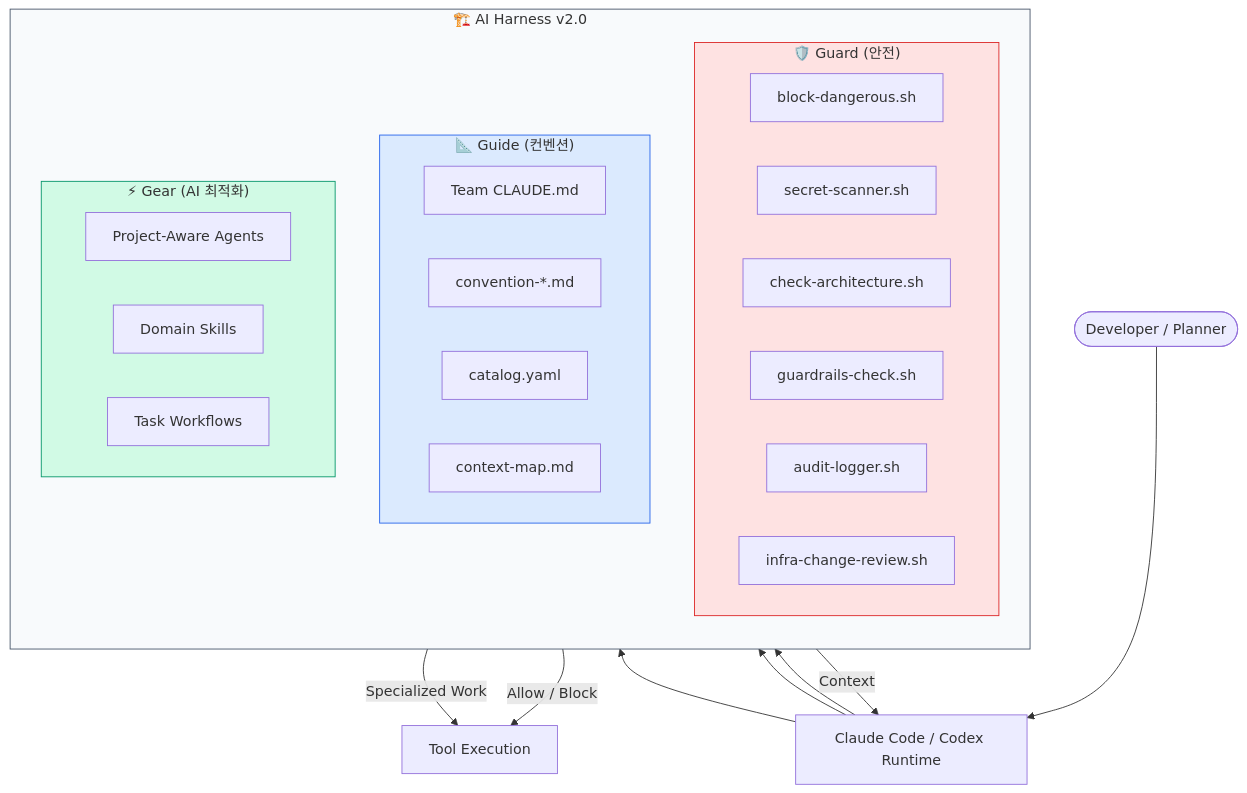
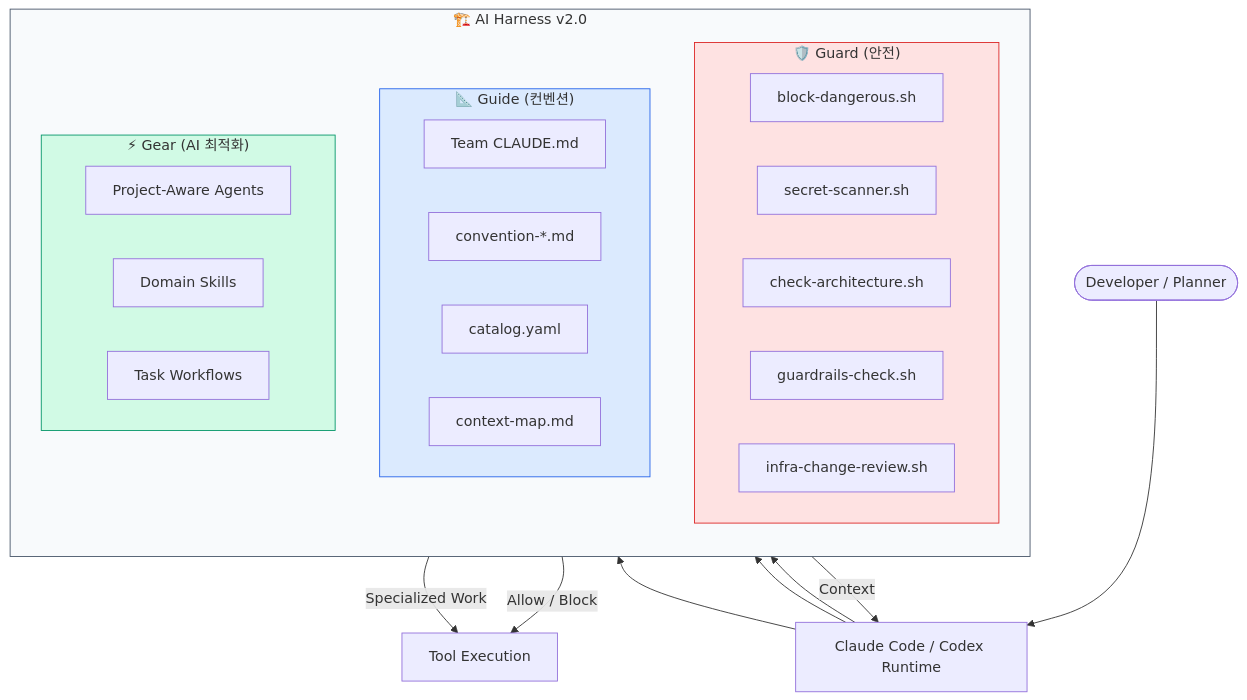
One commit to cano721/ai-harness changed the first of 8 diagrams in docs/architecture-diagram.md. Above: the diagram before and after it, drawn with Mermaid. The commit also changed other lines of this file and 8 other files, not shown here.

First line of the commit message:
feat: audit-logger 제거 — 실질적 활용 없는 감사 로그 삭제

````diff
--- a/docs/architecture-diagram.md
+++ b/docs/architecture-diagram.md
@@ -7,42 +7,41 @@
 ```mermaid
 graph TB
     subgraph Harness["🏗️ AI Harness v2.0"]
         direction TB
 
         subgraph Guard["🛡️ Guard (안전)"]
             G1[block-dangerous.sh]
             G2[secret-scanner.sh]
             G3[check-architecture.sh]
             G4[guardrails-check.sh]
-            G5[audit-logger.sh]
-            G6[infra-change-review.sh]
+            G5[infra-change-review.sh]
         end
 
         subgraph Guide["📐 Guide (컨벤션)"]
             GU1[Team CLAUDE.md]
             GU2[convention-*.md]
             GU3[catalog.yaml]
             GU4[context-map.md]
         end
 
         subgraph Optimize["⚡ Gear (AI 최적화)"]
             O1[Project-Aware Agents]
             O2[Domain Skills]
             O3[Task Workflows]
         end
     end
 
     User([Developer / Planner]) --> Runtime
     Runtime[Claude Code / Codex Runtime] --> Guard
     Runtime --> Guide
     Runtime --> Optimize
 
     Guard -->|Allow / Block| Result[Tool Execution]
     Guide -->|Context| Runtime
     Optimize -->|Specialized Work| Result
 
     style Guard fill:#fee2e2,stroke:#dc2626
     style Guide fill:#dbeafe,stroke:#2563eb
     style Optimize fill:#d1fae5,stroke:#059669
     style Harness fill:#f8fafc,stroke:#475569
 ```
````
